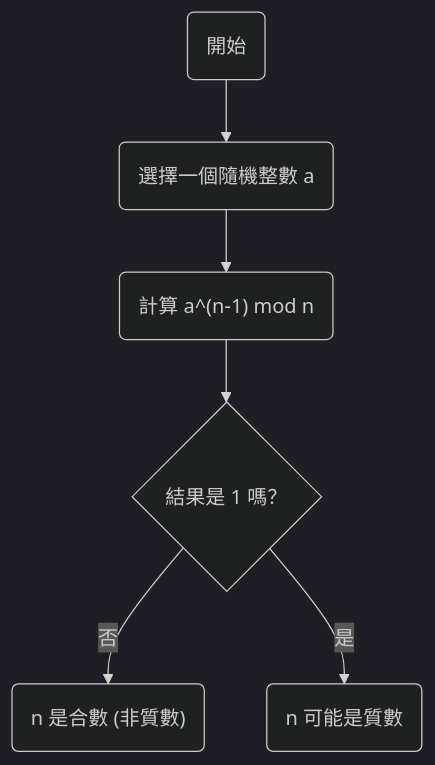
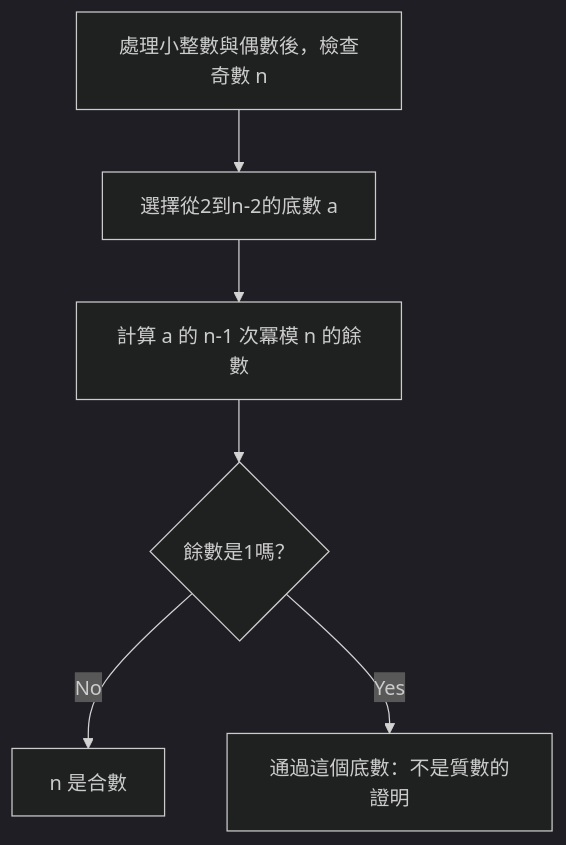
One commit to kenjinote/blog changed the first of 2 diagrams in content/post/fermats-little-theorem/index.zh-tw.md. Above: the diagram before and after it, drawn with Mermaid (dark theme). The commit also changed other lines of this file and 6 other files, not shown here.

````diff
--- a/content/post/fermats-little-theorem/index.zh-tw.md
+++ b/content/post/fermats-little-theorem/index.zh-tw.md
@@ -84,8 +56,8 @@
 ```mermaid
 flowchart TD
-    Start("開始") --> ChooseA("選擇一個隨機整數 a")
-    ChooseA --> Calc("計算 a^(n-1) mod n")
-    Calc --> Check{"結果是 1 嗎？"}
-    Check -- "否" --> Composite("n 是合數 (非質數)")
-    Check -- "是" --> ProbPrime("n 可能是質數")
+    Input["處理小整數與偶數後，檢查奇數 n"] --> Choose["選擇從2到n-2的底數 a"]
+    Choose --> Calc["計算 a 的 n-1 次冪模 n 的餘數"]
+    Calc --> Check{"餘數是1嗎？"}
+    Check -- No --> Composite["n 是合數"]
+    Check -- Yes --> Pass["通過這個底數：不是質數的證明"]
 ```
````
